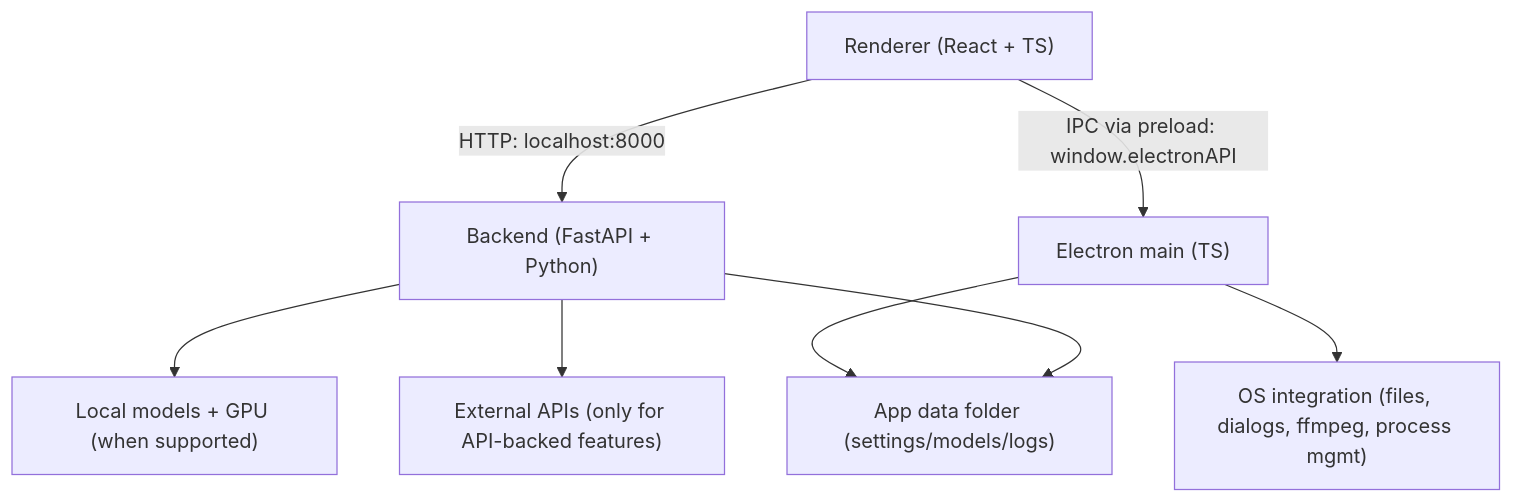
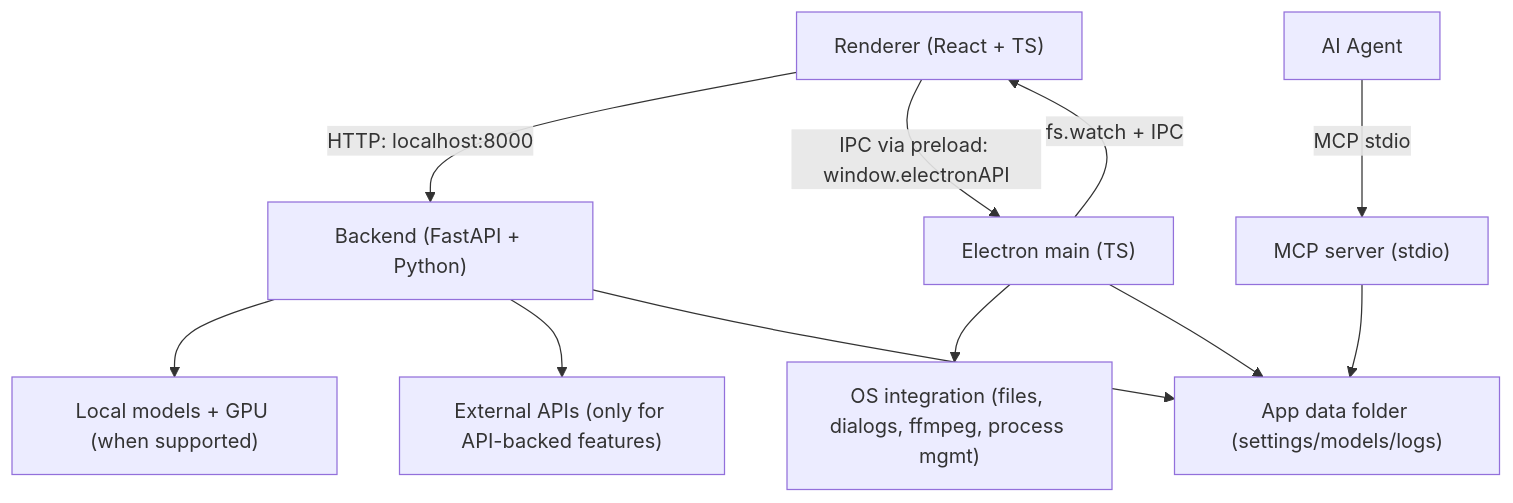
The first of 2 diagrams in README.md (JadenChun/LTX-Desktop-custom), drawn with Mermaid before and after one commit. The commit also changed other lines of this file and 4 other files, not shown here.

````diff
--- a/README.md
+++ b/README.md
@@ -127,10 +143,13 @@
 ```mermaid
 graph TD
   UI["Renderer (React + TS)"] -->|HTTP: localhost:8000| BE["Backend (FastAPI + Python)"]
   UI -->|IPC via preload: window.electronAPI| EL["Electron main (TS)"]
   EL --> OS["OS integration (files, dialogs, ffmpeg, process mgmt)"]
   BE --> GPU["Local models + GPU (when supported)"]
   BE --> EXT["External APIs (only for API-backed features)"]
   EL --> DATA["App data folder (settings/models/logs)"]
   BE --> DATA
+  Agent["AI Agent"] -->|MCP stdio| MCP["MCP server (stdio)"]
+  MCP --> DATA
+  EL -->|fs.watch + IPC| UI
 ```
````
